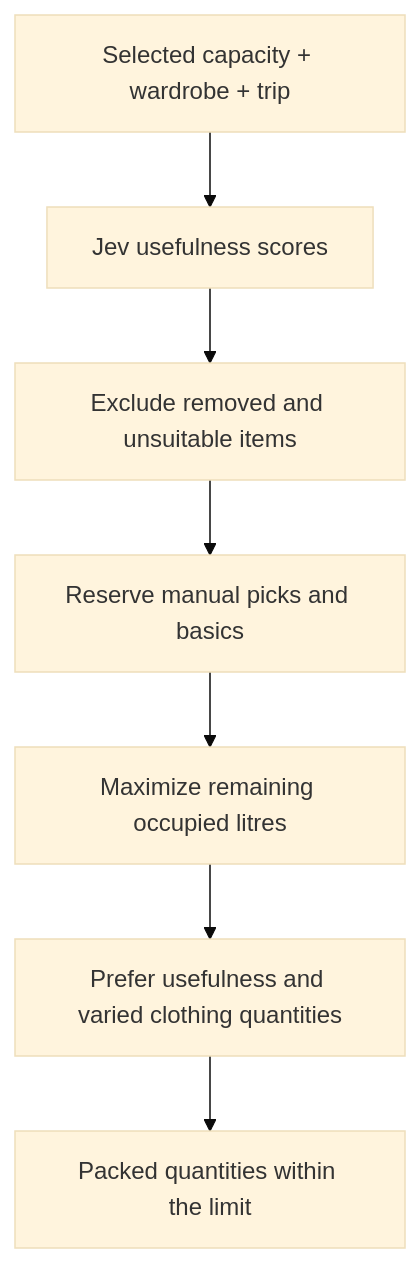
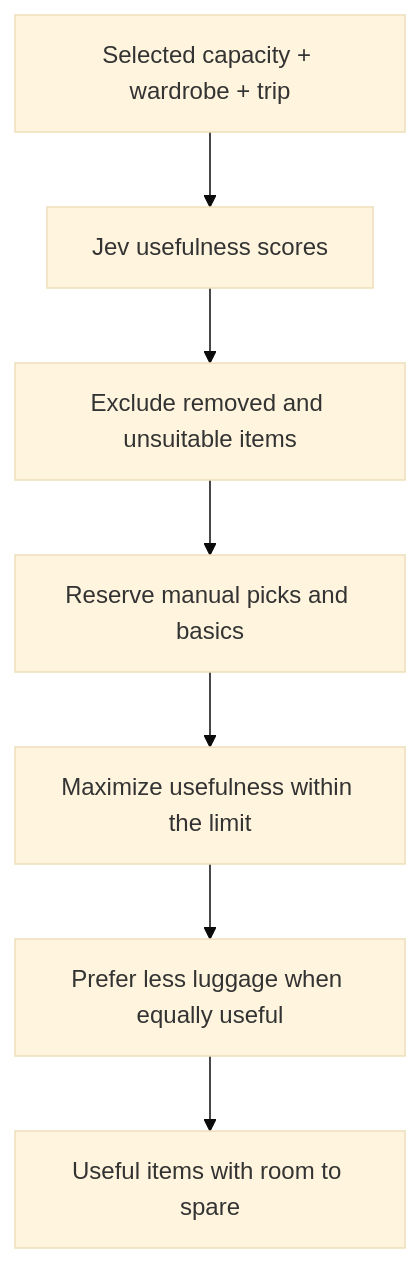
Before and after one commit to poacosta/smart-packing-demo-with-jev: the third of 3 diagrams in README.md, drawn with Mermaid (base theme). The commit also changed other lines of this file and 8 other files, not shown here.

Commit message:
Prioritize useful items without forcing bags to fill

````diff
--- a/README.md
+++ b/README.md
@@ -144,9 +141,9 @@
 ```mermaid
 flowchart TD
     C[Selected capacity + wardrobe + trip] --> J[Jev usefulness scores]
     J --> E[Exclude removed and unsuitable items]
     E --> R[Reserve manual picks and basics]
-    R --> F[Maximize remaining occupied litres]
-    F --> Q[Prefer usefulness and varied clothing quantities]
-    Q --> P[Packed quantities within the limit]
+    R --> F[Maximize usefulness within the limit]
+    F --> Q[Prefer less luggage when equally useful]
+    Q --> P[Useful items with room to spare]
 ```
````
